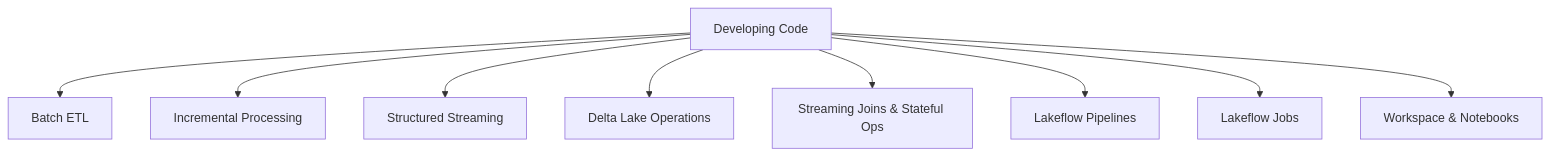
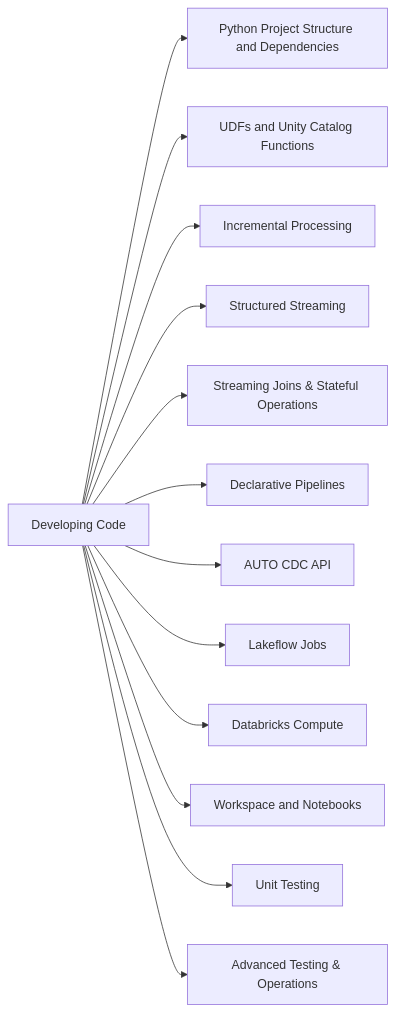
Before and after one commit to kengio/databricks-certification-study-guide: the diagram in certifications/data-engineer-professional/01-developing-code-for-data-processing/README.md, drawn with Mermaid. The commit also changed other lines of this file and 108 other files, not shown here.

````diff
--- a/certifications/data-engineer-professional/01-developing-code-for-data-processing/README.md
+++ b/certifications/data-engineer-professional/01-developing-code-for-data-processing/README.md
@@ -17,11 +17,16 @@
 ```mermaid
-flowchart TD
-    DC[Developing Code] --> Batch[Batch ETL]
-    DC --> Inc[Incremental Processing]
-    DC --> Stream[Structured Streaming]
-    DC --> Delta[Delta Lake Operations]
-    DC --> SJ[Streaming Joins & Stateful Ops]
-    DC --> LDP[Lakeflow Pipelines]
-    DC --> LJ[Lakeflow Jobs]
-    DC --> WS[Workspace & Notebooks]
+flowchart LR
+    D[Developing Code]
+    D --> T1["Python Project Structure and Dependencies"]
+    D --> T2["UDFs and Unity Catalog Functions"]
+    D --> T3["Incremental Processing"]
+    D --> T4["Structured Streaming"]
+    D --> T5["Streaming Joins & Stateful Operations"]
+    D --> T6["Declarative Pipelines"]
+    D --> T7["AUTO CDC API"]
+    D --> T8["Lakeflow Jobs"]
+    D --> T9["Databricks Compute"]
+    D --> T10["Workspace and Notebooks"]
+    D --> T11["Unit Testing"]
+    D --> T12["Advanced Testing & Operations"]
 ```
````
